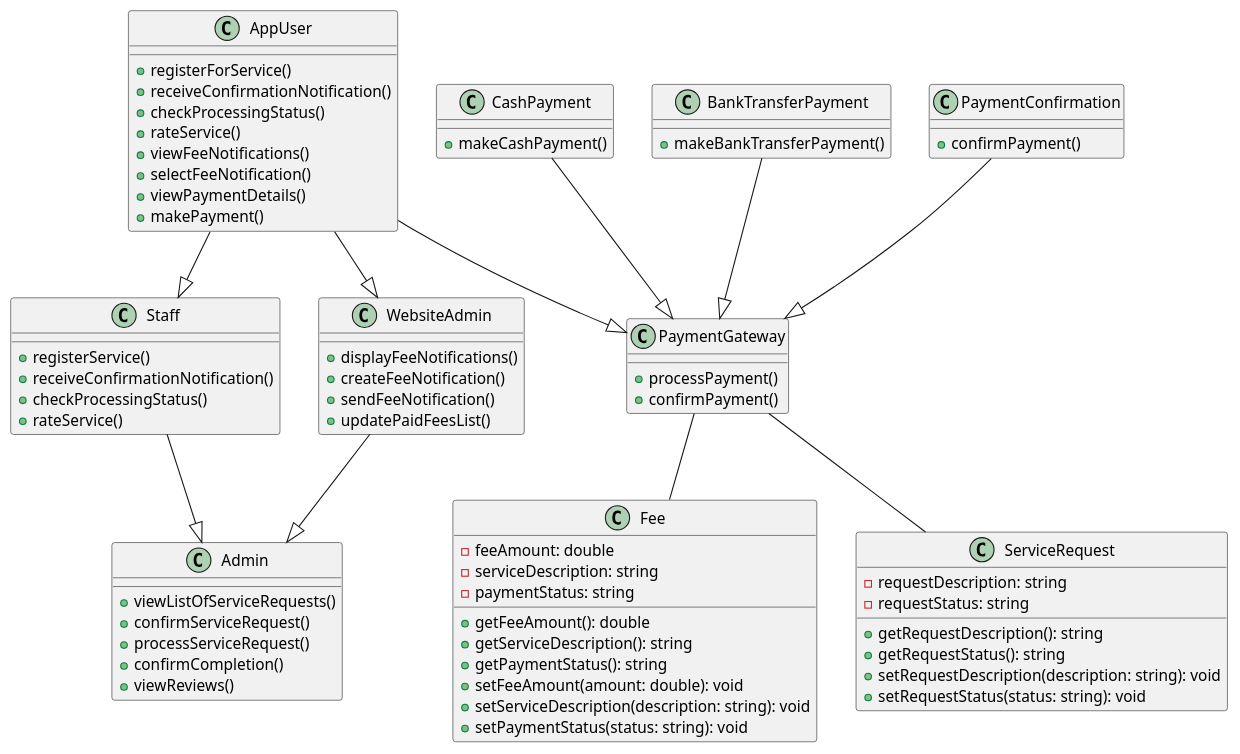
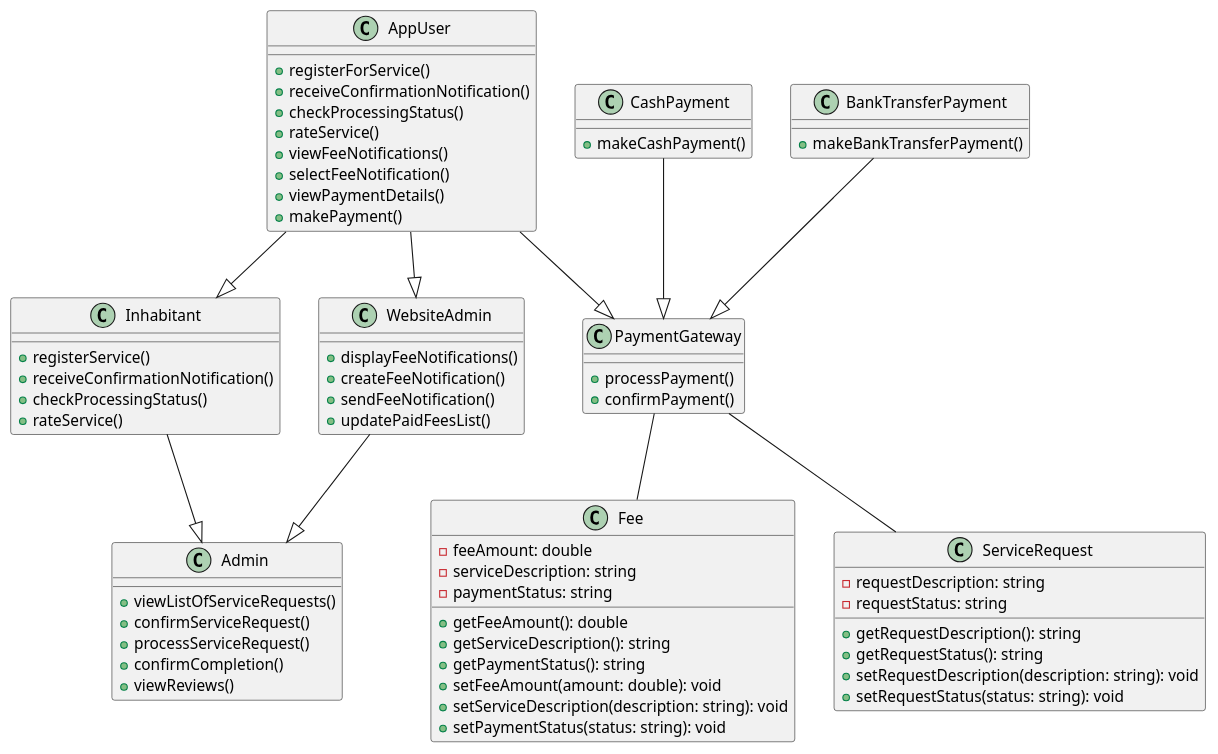
The diagram in Lab1/Lab1.2/Class Diagram/Quản lý thu phí.plantuml (QuickyBooster/SE357-Pratice-class), drawn with PlantUML before and after one commit. The commit also changed 18 other files, not shown here.

```diff
--- a/Lab1/Lab1.2/Class Diagram/Quản lý thu phí.plantuml
+++ b/Lab1/Lab1.2/Class Diagram/Quản lý thu phí.plantuml
@@ -1,85 +1,81 @@
 @startuml
 
 class Admin {
   +viewListOfServiceRequests()
   +confirmServiceRequest()
   +processServiceRequest()
   +confirmCompletion()
   +viewReviews()
 }
 
-class Staff {
+class Inhabitant {
   +registerService()
   +receiveConfirmationNotification()
   +checkProcessingStatus()
   +rateService()
 }
 
 class WebsiteAdmin {
   +displayFeeNotifications()
   +createFeeNotification()
   +sendFeeNotification()
   +updatePaidFeesList()
 }
 
 class AppUser {
   +registerForService()
   +receiveConfirmationNotification()
   +checkProcessingStatus()
   +rateService()
   +viewFeeNotifications()
   +selectFeeNotification()
   +viewPaymentDetails()
   +makePayment()
 }
 
 class PaymentGateway {
   +processPayment()
   +confirmPayment()
 }
 
 class CashPayment {
   +makeCashPayment()
 }
 
 class BankTransferPayment {
   +makeBankTransferPayment()
 }
 
-class PaymentConfirmation {
-  +confirmPayment()
-}
 
 class Fee {
   -feeAmount: double
   -serviceDescription: string
   -paymentStatus: string
   +getFeeAmount(): double
   +getServiceDescription(): string
   +getPaymentStatus(): string
   +setFeeAmount(amount: double): void
   +setServiceDescription(description: string): void
   +setPaymentStatus(status: string): void
 }
 
 class ServiceRequest {
   -requestDescription: string
   -requestStatus: string
   +getRequestDescription(): string
   +getRequestStatus(): string
   +setRequestDescription(description: string): void
   +setRequestStatus(status: string): void
 }
 
 WebsiteAdmin --|> Admin
-Staff --|> Admin
-AppUser --|> Staff
+Inhabitant --|> Admin
+AppUser --|> Inhabitant
 AppUser --|> WebsiteAdmin
 AppUser --|> PaymentGateway
 CashPayment --|> PaymentGateway
 BankTransferPayment --|> PaymentGateway
-PaymentConfirmation --|> PaymentGateway
 PaymentGateway -- Fee
 PaymentGateway -- ServiceRequest
 
 @enduml
```
